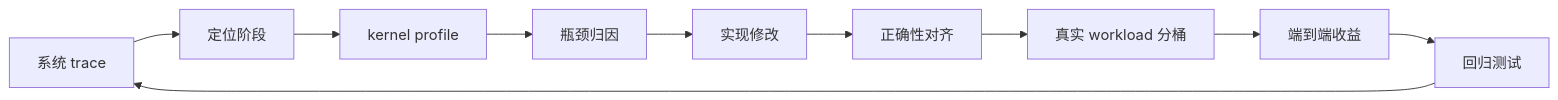
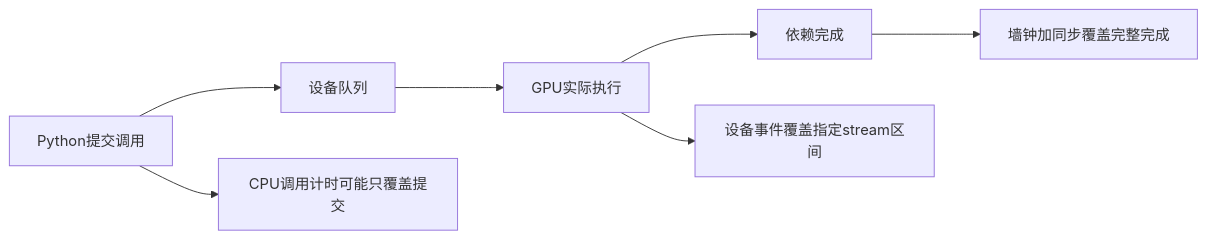
One commit to Charles2530/Charles-AI-notes changed the diagram in files/operators/profiling-debugging-and-numerical-stability.md. Above: the diagram before and after it, drawn with Mermaid. The commit also changed other lines of this file and 954 other files, not shown here.

````diff
--- a/files/operators/profiling-debugging-and-numerical-stability.md
+++ b/files/operators/profiling-debugging-and-numerical-stability.md
@@ -150,12 +18,7 @@
 ```mermaid
 flowchart LR
-    A["系统 trace"] --> B["定位阶段"]
-    B --> C["kernel profile"]
-    C --> D["瓶颈归因"]
-    D --> E["实现修改"]
-    E --> F["正确性对齐"]
-    F --> G["真实 workload 分桶"]
-    G --> H["端到端收益"]
-    H --> I["回归测试"]
-    I --> A
+  P["Python提交调用"] --> Q["设备队列"] --> K["GPU实际执行"] --> C["依赖完成"]
+  P --> H["CPU调用计时可能只覆盖提交"]
+  K --> E["设备事件覆盖指定stream区间"]
+  C --> W["墙钟加同步覆盖完整完成"]
 ```
````
